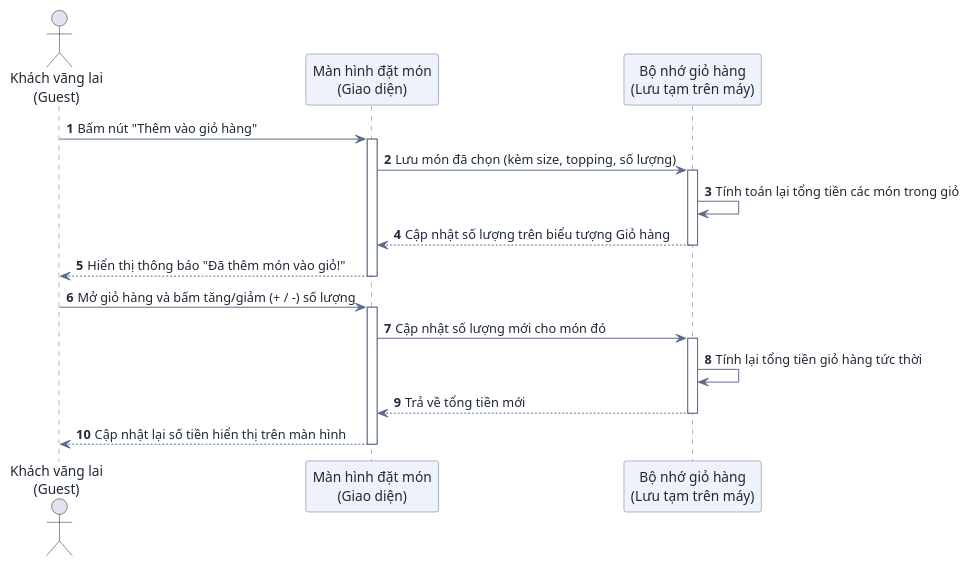
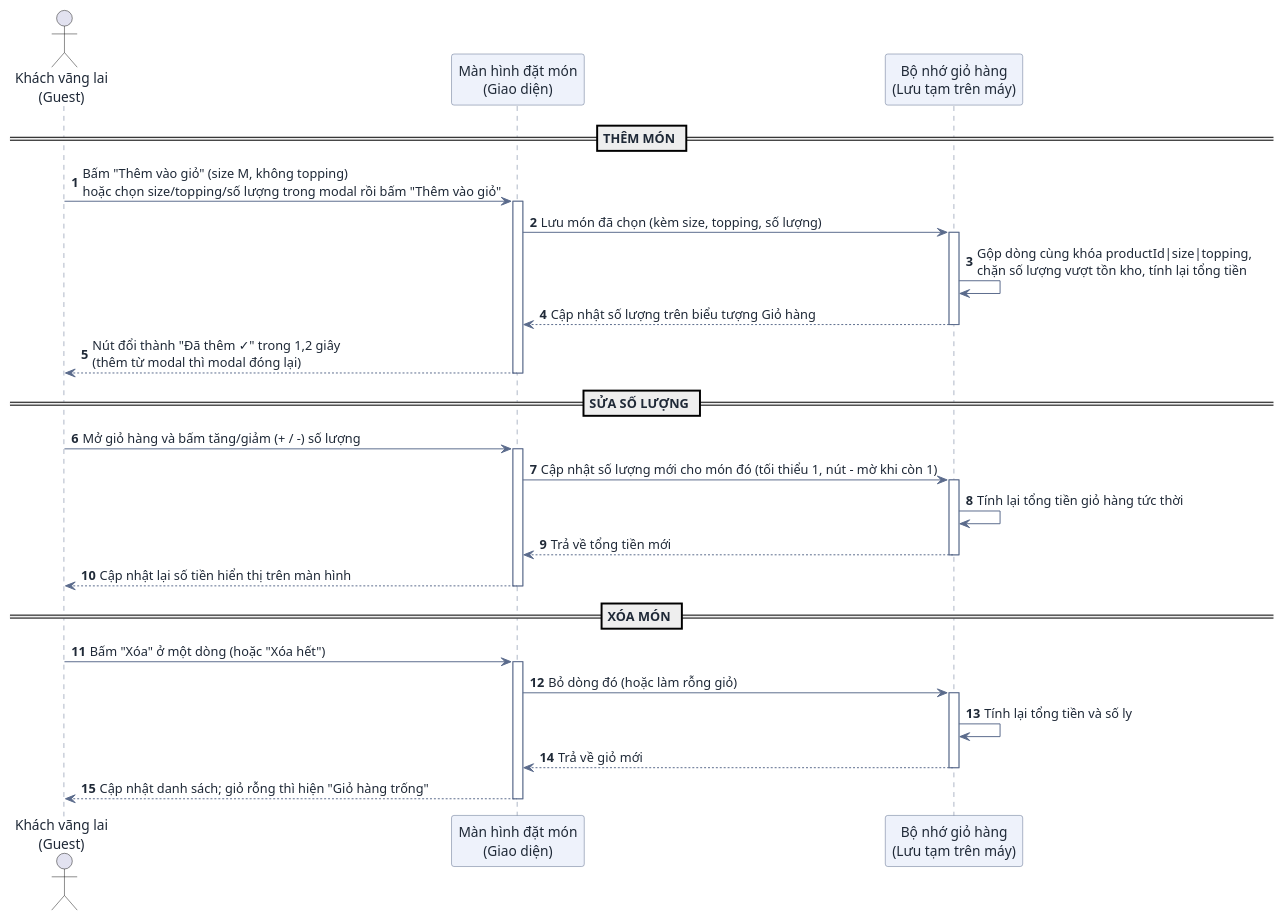
One commit to DuVinhLoi/BrewLite changed the second of 9 diagrams in docs/user-sequence-specifications.md. Above: the diagram before and after it, drawn with PlantUML. The commit also changed other lines of this file and 3 other files, not shown here.

First line of the commit message:
docs: dong bo use-case/sequence voi code, plan doc-code-sync, rule .claude/rules/doc-code-sync.md

````diff
--- a/docs/user-sequence-specifications.md
+++ b/docs/user-sequence-specifications.md
@@ -155,36 +155,49 @@
 ```plantuml
 @startuml
 skinparam DefaultFontColor #1f2937
 skinparam ArrowColor #5b6b8c
 skinparam SequenceParticipantBackgroundColor #eef2fb
 skinparam SequenceParticipantBorderColor #5b6b8c
 skinparam SequenceLifeLineBorderColor #5b6b8c
 
 autonumber
 actor "Khách vãng lai\n(Guest)" as User
 participant "Màn hình đặt món\n(Giao diện)" as UI
 participant "Bộ nhớ giỏ hàng\n(Lưu tạm trên máy)" as Cart
 
-User -> UI : Bấm nút "Thêm vào giỏ hàng"
+== THÊM MÓN ==
+User -> UI : Bấm "Thêm vào giỏ" (size M, không topping)\nhoặc chọn size/topping/số lượng trong modal rồi bấm "Thêm vào giỏ"
 activate UI
 UI -> Cart : Lưu món đã chọn (kèm size, topping, số lượng)
 activate Cart
 
-Cart -> Cart : Tính toán lại tổng tiền các món trong giỏ
+Cart -> Cart : Gộp dòng cùng khóa productId|size|topping,\nchặn số lượng vượt tồn kho, tính lại tổng tiền
 Cart --> UI : Cập nhật số lượng trên biểu tượng Giỏ hàng
 deactivate Cart
 
-UI --> User : Hiển thị thông báo "Đã thêm món vào giỏ!"
+UI --> User : Nút đổi thành "Đã thêm ✓" trong 1,2 giây\n(thêm từ modal thì modal đóng lại)
 deactivate UI
 
+== SỬA SỐ LƯỢNG ==
 User -> UI : Mở giỏ hàng và bấm tăng/giảm (+ / -) số lượng
 activate UI
-UI -> Cart : Cập nhật số lượng mới cho món đó
+UI -> Cart : Cập nhật số lượng mới cho món đó (tối thiểu 1, nút - mờ khi còn 1)
 activate Cart
 Cart -> Cart : Tính lại tổng tiền giỏ hàng tức thời
 Cart --> UI : Trả về tổng tiền mới
 deactivate Cart
 UI --> User : Cập nhật lại số tiền hiển thị trên màn hình
 deactivate UI
+
+== XÓA MÓN ==
+User -> UI : Bấm "Xóa" ở một dòng (hoặc "Xóa hết")
+activate UI
+UI -> Cart : Bỏ dòng đó (hoặc làm rỗng giỏ)
+activate Cart
+Cart -> Cart : Tính lại tổng tiền và số ly
+Cart --> UI : Trả về giỏ mới
+deactivate Cart
+UI --> User : Cập nhật danh sách; giỏ rỗng thì hiện "Giỏ hàng trống"
+deactivate UI
 @enduml
 ```
````
